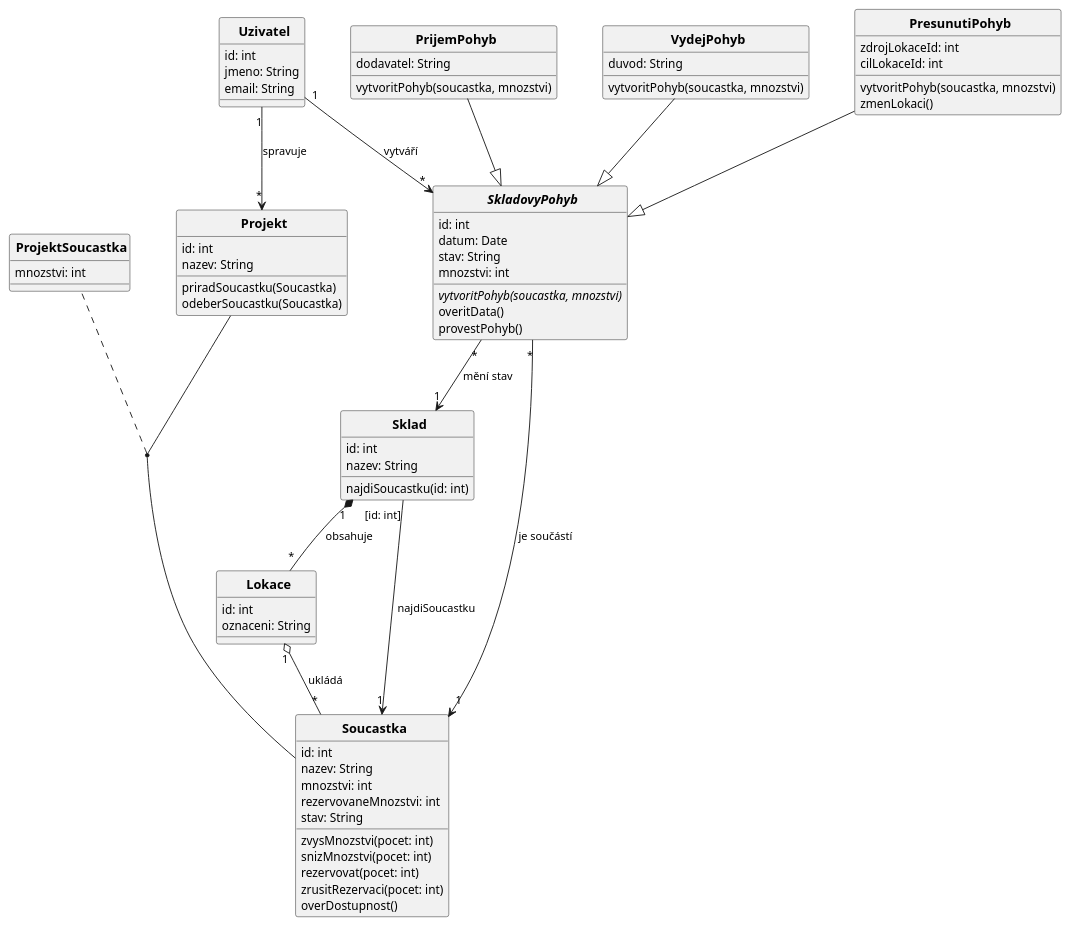
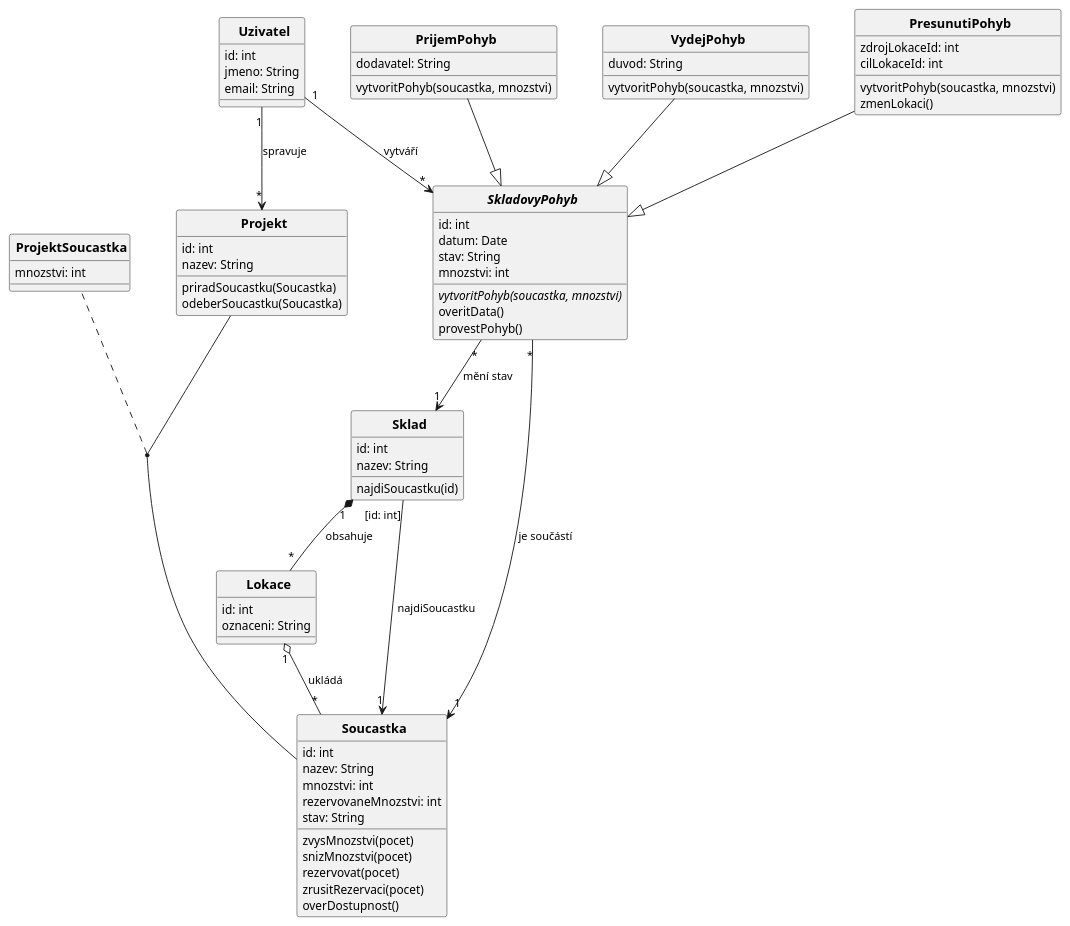
One commit to lkvapil/kOdevzdaniProjektWMS changed the diagram in diagrams/02_class_diagram.puml. Above: the diagram before and after it, drawn with PlantUML. The commit also changed 1 other file, not shown here.

Commit message:
Class diagram – odstraněny typy z parametrů metod

```diff
--- a/diagrams/02_class_diagram.puml
+++ b/diagrams/02_class_diagram.puml
@@ -1,105 +1,105 @@
 @startuml
 top to bottom direction
 skinparam CircledCharacterRadius 0
 skinparam CircledCharacterFontSize 0
 skinparam defaultFontSize 13
 skinparam classFontSize 14
 skinparam classFontStyle bold
 skinparam ArrowFontSize 12
 skinparam nodesep 50
 skinparam ranksep 60
 
 class Uzivatel {
   id: int
   jmeno: String
   email: String
 }
 
 class PrijemPohyb {
   dodavatel: String
   vytvoritPohyb(soucastka, mnozstvi)
 }
 
 class VydejPohyb {
   duvod: String
   vytvoritPohyb(soucastka, mnozstvi)
 }
 
 class PresunutiPohyb {
   zdrojLokaceId: int
   cilLokaceId: int
   vytvoritPohyb(soucastka, mnozstvi)
   zmenLokaci()
 }
 
 abstract class SkladovyPohyb {
   id: int
   datum: Date
   stav: String
   mnozstvi: int
   {abstract} vytvoritPohyb(soucastka, mnozstvi)
   overitData()
   provestPohyb()
 }
 
 class Projekt {
   id: int
   nazev: String
   priradSoucastku(Soucastka)
   odeberSoucastku(Soucastka)
 }
 
 class ProjektSoucastka {
   mnozstvi: int
 }
 
 class Sklad {
   id: int
   nazev: String
-  najdiSoucastku(id: int)
+  najdiSoucastku(id)
 }
 
 class Lokace {
   id: int
   oznaceni: String
 }
 
 class Soucastka {
   id: int
   nazev: String
   mnozstvi: int
   rezervovaneMnozstvi: int
   stav: String
-  zvysMnozstvi(pocet: int)
-  snizMnozstvi(pocet: int)
-  rezervovat(pocet: int)
-  zrusitRezervaci(pocet: int)
+  zvysMnozstvi(pocet)
+  snizMnozstvi(pocet)
+  rezervovat(pocet)
+  zrusitRezervaci(pocet)
   overDostupnost()
 }
 
 ' ── Generalizace ──────────────────────────────────────────────────────────────
 PrijemPohyb    --|> SkladovyPohyb
 VydejPohyb     --|> SkladovyPohyb
 PresunutiPohyb --|> SkladovyPohyb
 
 ' ── Atribut spojení ───────────────────────────────────────────────────────────
 (Projekt, Soucastka) .. ProjektSoucastka
 Projekt -[hidden]left- ProjektSoucastka
 
 ' ── Kvalifikovaná vazba ───────────────────────────────────────────────────────
 Sklad "[id: int]" --> "1" Soucastka : najdiSoucastku
 
 ' ── Asociace ──────────────────────────────────────────────────────────────────
 SkladovyPohyb "*" --> "1" Soucastka     : je součástí
 Sklad         "1" *-- "*" Lokace        : obsahuje
 Lokace        "1" o-- "*" Soucastka     : ukládá
 SkladovyPohyb "*" --> "1" Sklad         : mění stav
 Uzivatel      "1" --> "*" SkladovyPohyb : vytváří
 Uzivatel      "1" --> "*" Projekt       : spravuje
 
 ' ── Layout ────────────────────────────────────────────────────────────────────
 Uzivatel    -[hidden]right- PrijemPohyb
 PrijemPohyb -[hidden]right- VydejPohyb
 VydejPohyb  -[hidden]right- PresunutiPohyb
 
 @enduml
```
